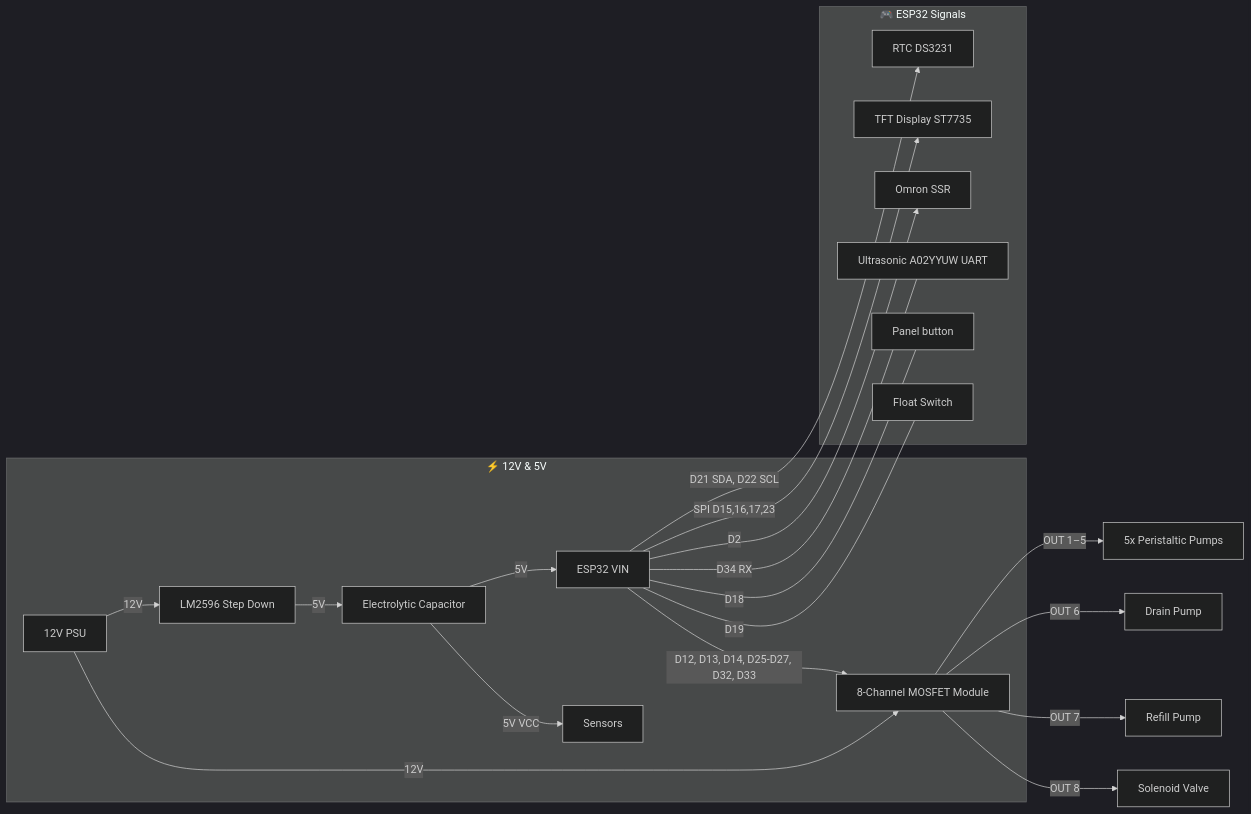
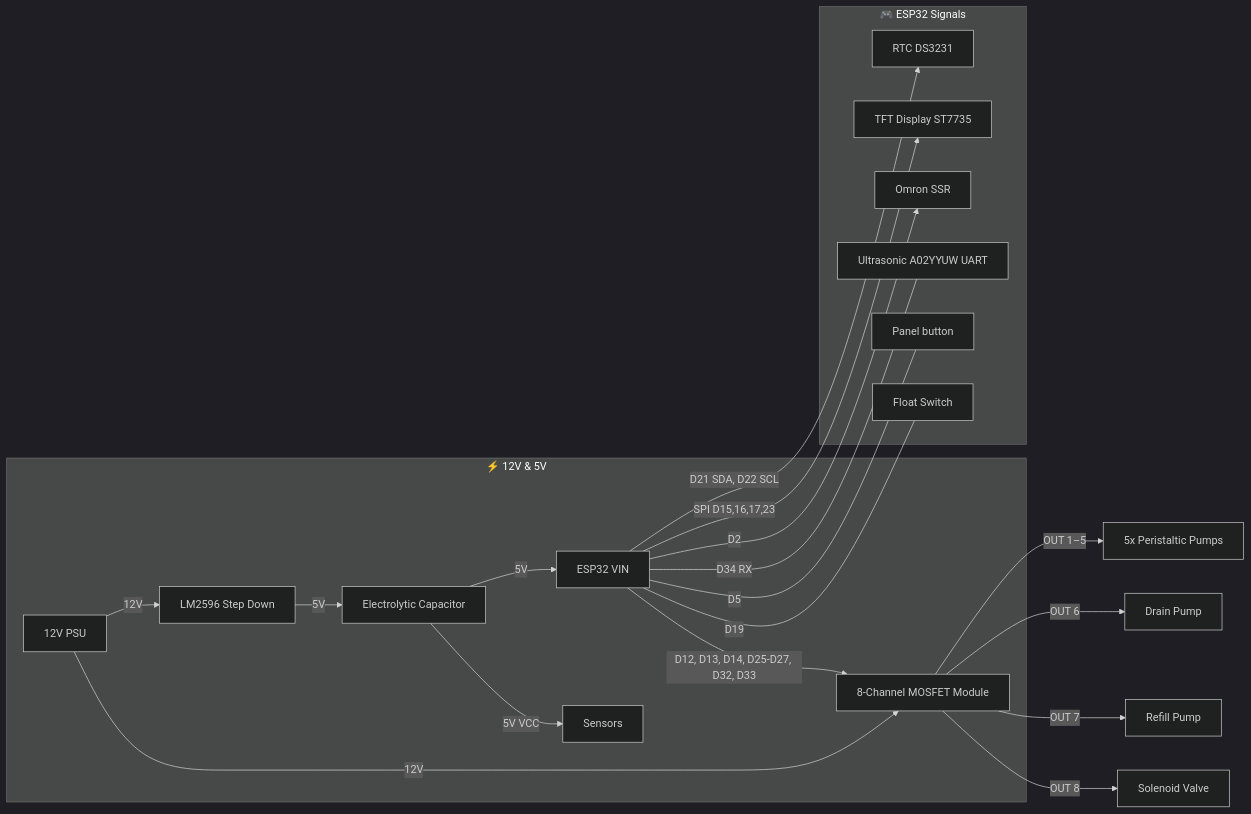
Before and after one commit to PhilipeGatis/IARA: the second of 2 diagrams in README.md, drawn with Mermaid (dark theme). The commit also changed other lines of this file and 7 other files, not shown here.

````diff
--- a/README.md
+++ b/README.md
@@ -112,25 +112,25 @@
 ```mermaid
 graph LR
   subgraph Power [⚡ 12V & 5V]
     PSU[12V PSU] -->|12V| MOSFET[8-Channel MOSFET Module]
     PSU -->|12V| LM2596[LM2596 Step Down]
     LM2596 -->|5V| Cap[Electrolytic Capacitor]
     Cap -->|5V| ESP32[ESP32 VIN]
     Cap -->|5V VCC| SENS[Sensors]
   end
 
   subgraph Signals [🎮 ESP32 Signals]
     ESP32 -->|D21 SDA, D22 SCL| I2C[RTC DS3231]
     ESP32 -->|SPI D15,16,17,23| TFT[TFT Display ST7735]
     ESP32 -->|D12, D13, D14, D25-D27, D32, D33| MOSFET
     ESP32 -->|D2| SSR[Omron SSR]
     ESP32 ---|D34 RX| Ultra[Ultrasonic A02YYUW UART]
-    ESP32 ---|D18| Button[Panel button]
+    ESP32 ---|D5| Button[Panel button]
     ESP32 ---|D19| Float[Float Switch]
   end
 
   MOSFET -->|OUT 1–5| Peristaltic[5x Peristaltic Pumps]
   MOSFET -->|OUT 6| Drain[Drain Pump]
   MOSFET -->|OUT 7| Refill[Refill Pump]
   MOSFET -->|OUT 8| Solenoid[Solenoid Valve]
 ```
````
